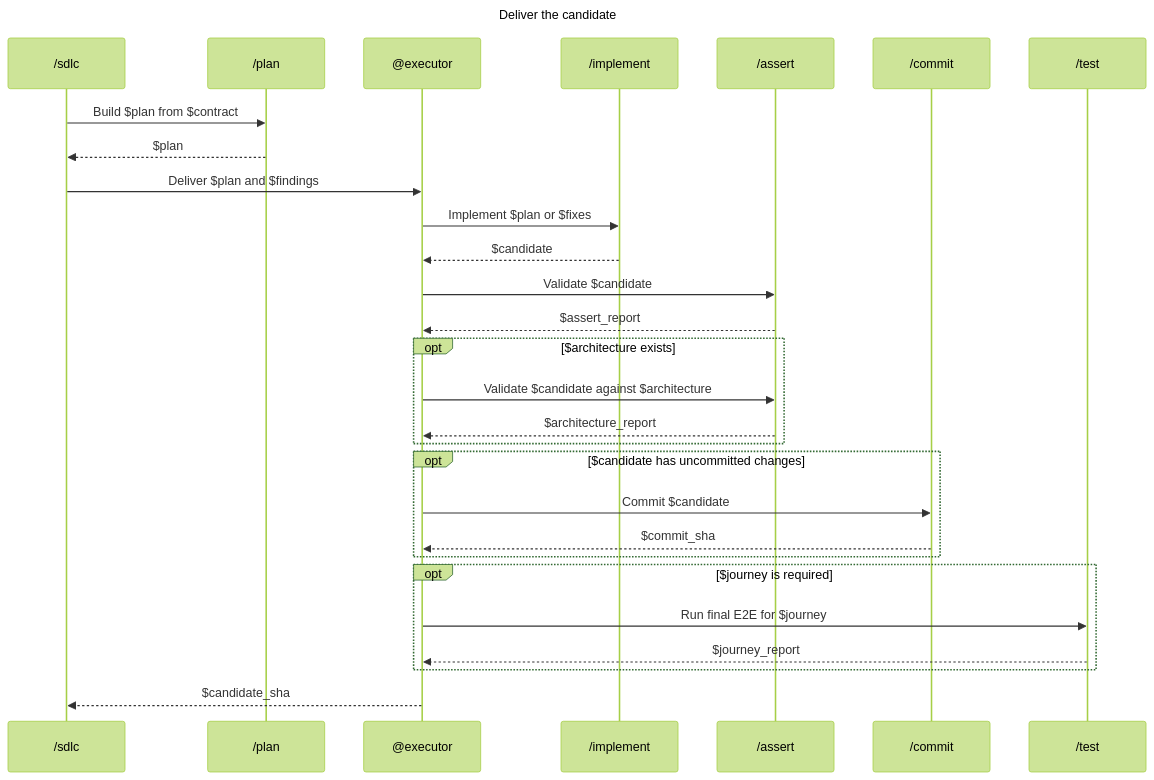
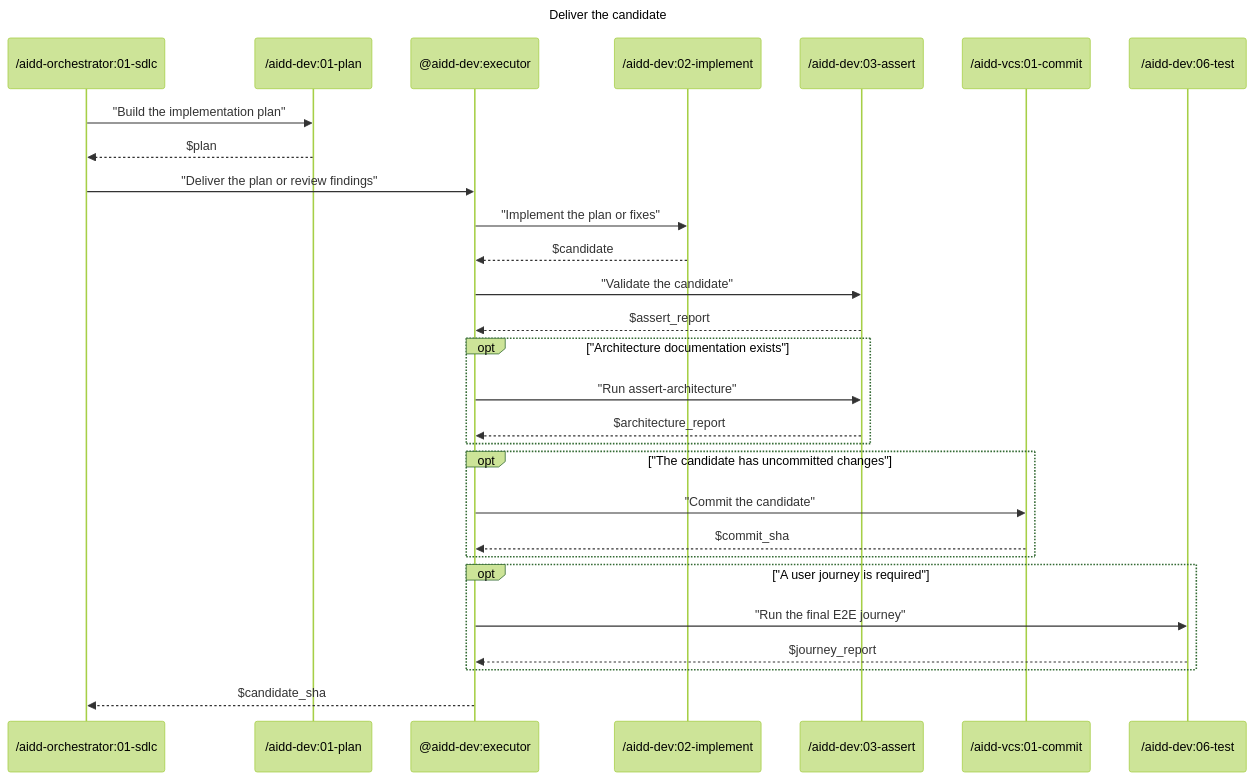
One commit to ai-driven-dev/aidd-framework changed the diagram in plugins/aidd-orchestrator/skills/01-sdlc/references/02-deliver.md. Above: the diagram before and after it, drawn with Mermaid (forest theme). The commit also changed other lines of this file and 4 other files, not shown here.

Commit message:
fix(orchestrator): name SDLC providers explicitly

````diff
--- a/plugins/aidd-orchestrator/skills/01-sdlc/references/02-deliver.md
+++ b/plugins/aidd-orchestrator/skills/01-sdlc/references/02-deliver.md
@@ -5,34 +5,34 @@
 ```mermaid
 ---
 title: Deliver the candidate
 ---
 sequenceDiagram
-  participant Sdlc as /sdlc
-  participant Plan as /plan
-  participant Executor as @executor
-  participant Implement as /implement
-  participant Assert as /assert
-  participant Commit as /commit
-  participant Test as /test
+  participant Sdlc as /aidd-orchestrator:01-sdlc
+  participant Plan as /aidd-dev:01-plan
+  participant Executor as @aidd-dev:executor
+  participant Implement as /aidd-dev:02-implement
+  participant Assert as /aidd-dev:03-assert
+  participant Commit as /aidd-vcs:01-commit
+  participant Test as /aidd-dev:06-test
 
-  Sdlc->>Plan: Build $plan from $contract
+  Sdlc->>Plan: "Build the implementation plan"
   Plan-->>Sdlc: $plan
-  Sdlc->>Executor: Deliver $plan and $findings
-  Executor->>Implement: Implement $plan or $fixes
+  Sdlc->>Executor: "Deliver the plan or review findings"
+  Executor->>Implement: "Implement the plan or fixes"
   Implement-->>Executor: $candidate
-  Executor->>Assert: Validate $candidate
+  Executor->>Assert: "Validate the candidate"
   Assert-->>Executor: $assert_report
-  opt $architecture exists
-    Executor->>Assert: Validate $candidate against $architecture
+  opt "Architecture documentation exists"
+    Executor->>Assert: "Run assert-architecture"
     Assert-->>Executor: $architecture_report
   end
-  opt $candidate has uncommitted changes
-    Executor->>Commit: Commit $candidate
+  opt "The candidate has uncommitted changes"
+    Executor->>Commit: "Commit the candidate"
     Commit-->>Executor: $commit_sha
   end
-  opt $journey is required
-    Executor->>Test: Run final E2E for $journey
+  opt "A user journey is required"
+    Executor->>Test: "Run the final E2E journey"
     Test-->>Executor: $journey_report
   end
   Executor-->>Sdlc: $candidate_sha
 ```
````
